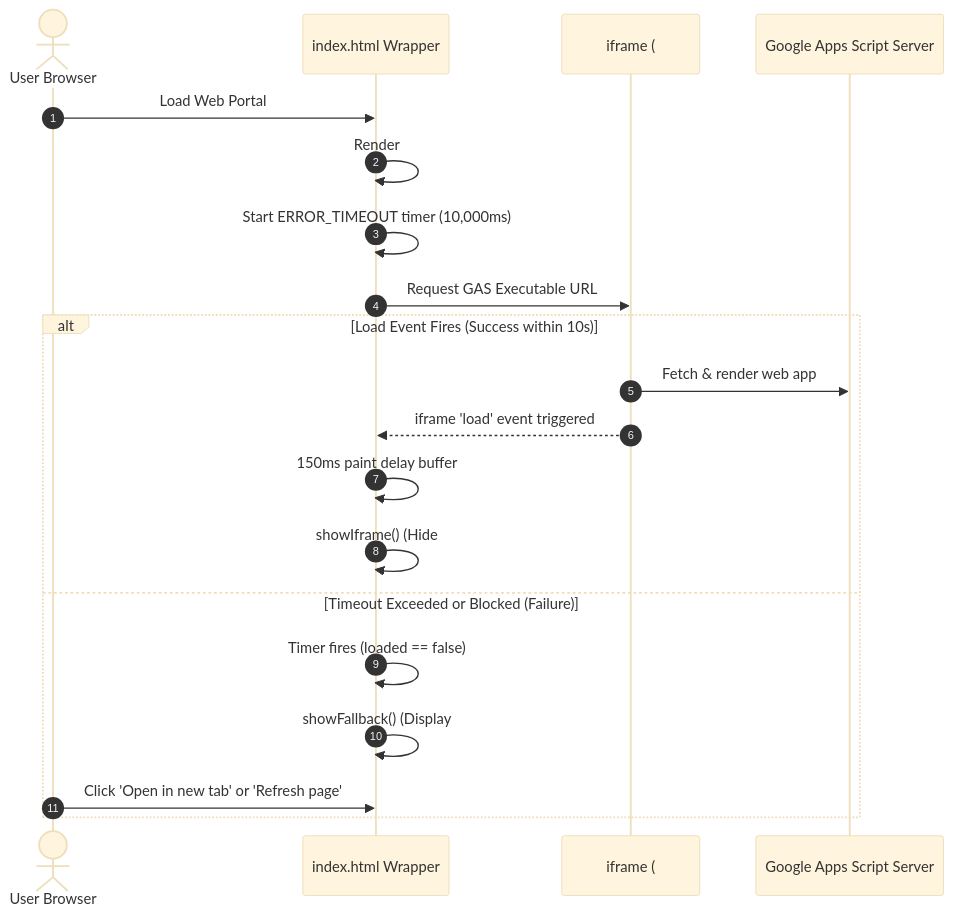
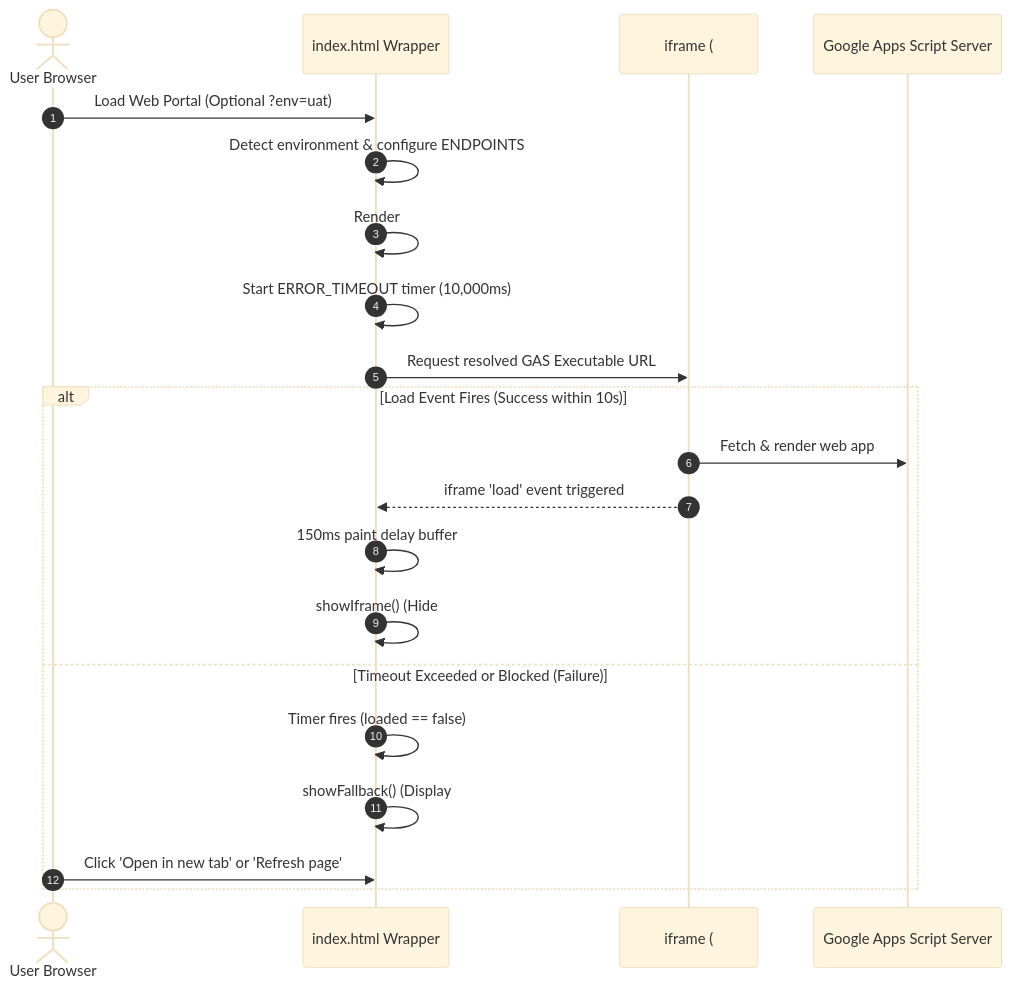
One commit to theancestralhomestay/AncestralHomeOperations changed the second of 2 diagrams in KNOWLEDGE_BASE.md. Above: the diagram before and after it, drawn with Mermaid (base theme). The commit also changed other lines of this file and 1 other file, not shown here.

Commit message:
feat: add dynamic UAT environment support via ?env=uat and update knowledge base

````diff
--- a/KNOWLEDGE_BASE.md
+++ b/KNOWLEDGE_BASE.md
@@ -88,24 +95,25 @@
 ```mermaid
 sequenceDiagram
     autonumber
     actor User as User Browser
     participant DOM as index.html Wrapper
     participant Frame as iframe (#frame)
     participant GAS as Google Apps Script Server
 
-    User->>DOM: Load Web Portal
+    User->>DOM: Load Web Portal (Optional ?env=uat)
+    DOM->>DOM: Detect environment & configure ENDPOINTS
     DOM->>DOM: Render #loader spinner (hidden iframe)
     DOM->>DOM: Start ERROR_TIMEOUT timer (10,000ms)
-    DOM->>Frame: Request GAS Executable URL
+    DOM->>Frame: Request resolved GAS Executable URL
     
     alt Load Event Fires (Success within 10s)
         Frame->>GAS: Fetch & render web app
         Frame-->>DOM: iframe 'load' event triggered
         DOM->>DOM: 150ms paint delay buffer
         DOM->>DOM: showIframe() (Hide #loader, display #frame)
     else Timeout Exceeded or Blocked (Failure)
         DOM->>DOM: Timer fires (loaded == false)
         DOM->>DOM: showFallback() (Display #fallback modal)
         User->>DOM: Click 'Open in new tab' or 'Refresh page'
     end
 ```
````
